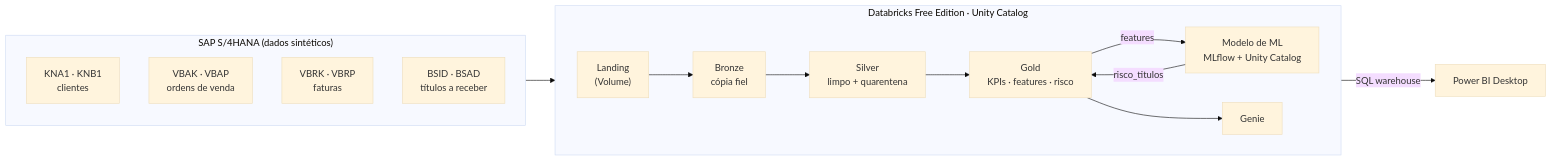
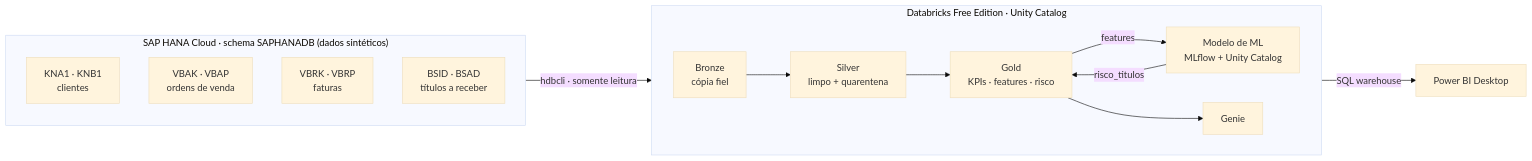
Before and after one commit to devcauas/s4lake-order-to-cash: the diagram in README.md, drawn with Mermaid (base theme). The commit also changed other lines of this file and 1 other file, not shown here.

Commit message:
docs: SAP HANA Cloud como origem, validação da troca e novas decisões

````diff
--- a/README.md
+++ b/README.md
@@ -137,28 +138,27 @@
 ```mermaid
 flowchart LR
-    subgraph SAP["SAP S/4HANA (dados sintéticos)"]
+    subgraph SAP["SAP HANA Cloud · schema SAPHANADB (dados sintéticos)"]
         direction TB
         KNA["KNA1 · KNB1<br/>clientes"]
         VBA["VBAK · VBAP<br/>ordens de venda"]
         VBR["VBRK · VBRP<br/>faturas"]
         BS["BSID · BSAD<br/>títulos a receber"]
     end
 
     subgraph DBX["Databricks Free Edition · Unity Catalog"]
         direction LR
-        LAND["Landing<br/>(Volume)"]
         BRZ["Bronze<br/>cópia fiel"]
         SLV["Silver<br/>limpo + quarentena"]
         GLD["Gold<br/>KPIs · features · risco"]
         ML["Modelo de ML<br/>MLflow + Unity Catalog"]
         GEN["Genie"]
     end
 
     PBI["Power BI Desktop"]
 
-    SAP --> LAND --> BRZ --> SLV --> GLD
+    SAP -- "hdbcli · somente leitura" --> BRZ --> SLV --> GLD
     GLD -- "features" --> ML
     ML -- "risco_titulos" --> GLD
     GLD --> GEN
     GLD -- "SQL warehouse" --> PBI
 ```
````
